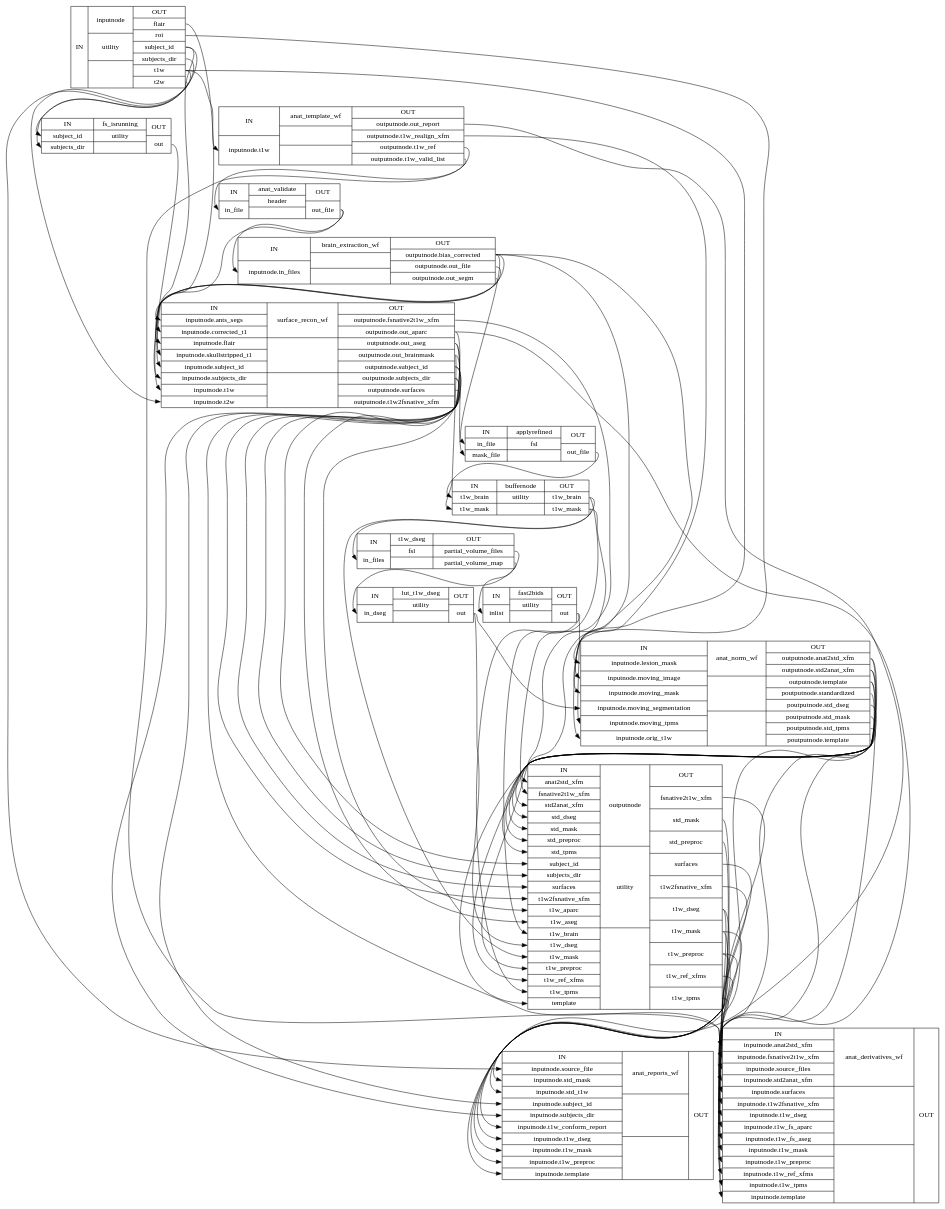
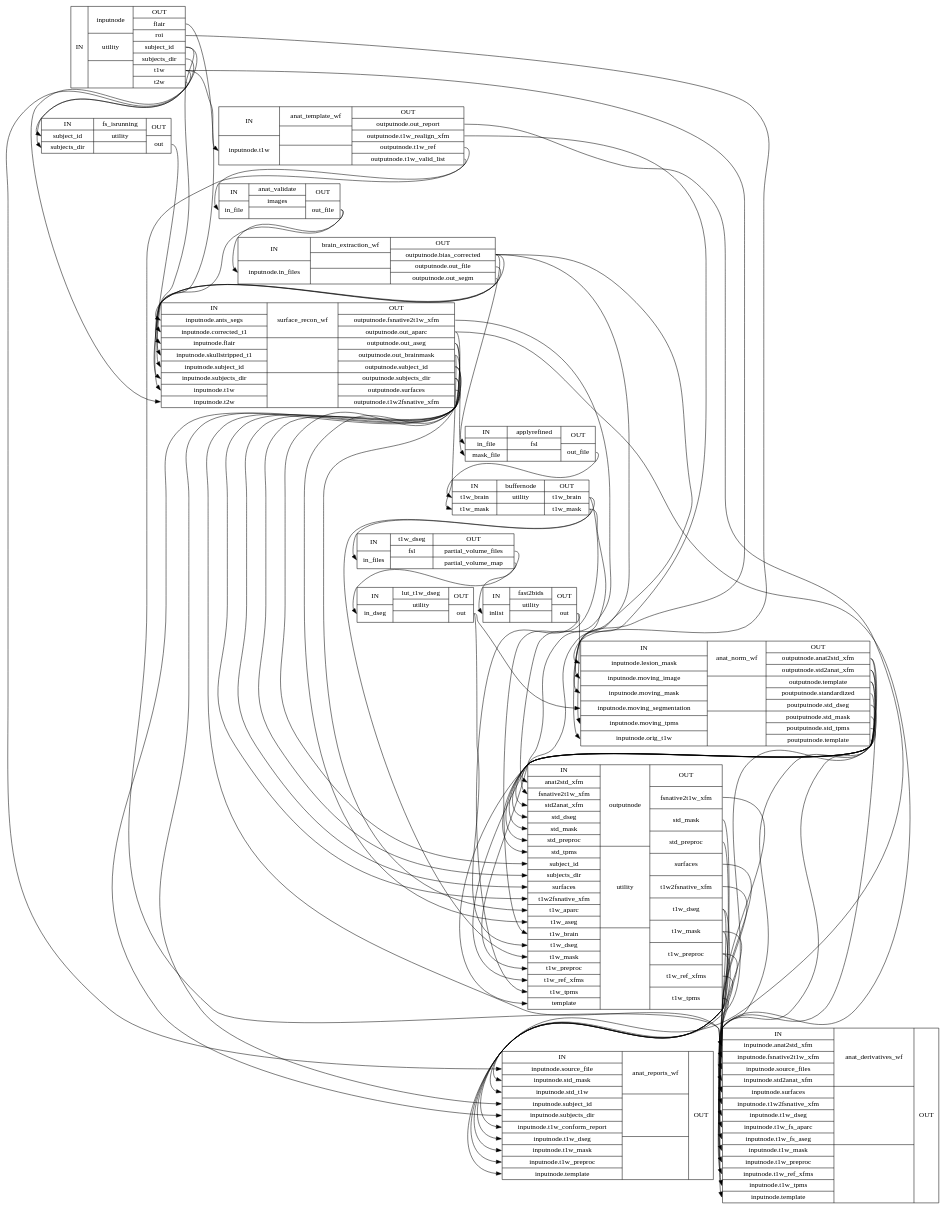
One commit to pcamach2/smriprep changed the diagram in enh_calabel/wf_directive/api/anat_preproc_wf/smriprep-workflows-anatomical-1_detailed.dot. Above: the diagram before and after it, drawn with Graphviz. The commit also changed 5821 other files, not shown here.

```diff
--- a/enh_calabel/wf_directive/api/anat_preproc_wf/smriprep-workflows-anatomical-1_detailed.dot
+++ b/enh_calabel/wf_directive/api/anat_preproc_wf/smriprep-workflows-anatomical-1_detailed.dot
@@ -1,88 +1,88 @@
 digraph structs {
 node [shape=record];
 anat_preproc_wfinputnode [label="{IN}|{ inputnode | utility |  }|{OUT|<outflair> flair|<outroi> roi|<outsubjectid> subject_id|<outsubjectsdir> subjects_dir|<outt1w> t1w|<outt2w> t2w}"];
 anat_preproc_wfanat_template_wf [label="{IN|<ininputnodet1w> inputnode.t1w}|{ anat_template_wf |  |  }|{OUT|<outoutputnodeoutreport> outputnode.out_report|<outoutputnodet1wrealignxfm> outputnode.t1w_realign_xfm|<outoutputnodet1wref> outputnode.t1w_ref|<outoutputnodet1wvalidlist> outputnode.t1w_valid_list}"];
 anat_preproc_wffs_isrunning [label="{IN|<insubjectid> subject_id|<insubjectsdir> subjects_dir}|{ fs_isrunning | utility |  }|{OUT|<outout> out}"];
-anat_preproc_wfanat_validate [label="{IN|<ininfile> in_file}|{ anat_validate | header |  }|{OUT|<outoutfile> out_file}"];
+anat_preproc_wfanat_validate [label="{IN|<ininfile> in_file}|{ anat_validate | images |  }|{OUT|<outoutfile> out_file}"];
 anat_preproc_wfbrain_extraction_wf [label="{IN|<ininputnodeinfiles> inputnode.in_files}|{ brain_extraction_wf |  |  }|{OUT|<outoutputnodebiascorrected> outputnode.bias_corrected|<outoutputnodeoutfile> outputnode.out_file|<outoutputnodeoutsegm> outputnode.out_segm}"];
 anat_preproc_wfsurface_recon_wf [label="{IN|<ininputnodeantssegs> inputnode.ants_segs|<ininputnodecorrectedt1> inputnode.corrected_t1|<ininputnodeflair> inputnode.flair|<ininputnodeskullstrippedt1> inputnode.skullstripped_t1|<ininputnodesubjectid> inputnode.subject_id|<ininputnodesubjectsdir> inputnode.subjects_dir|<ininputnodet1w> inputnode.t1w|<ininputnodet2w> inputnode.t2w}|{ surface_recon_wf |  |  }|{OUT|<outoutputnodefsnative2t1wxfm> outputnode.fsnative2t1w_xfm|<outoutputnodeoutaparc> outputnode.out_aparc|<outoutputnodeoutaseg> outputnode.out_aseg|<outoutputnodeoutbrainmask> outputnode.out_brainmask|<outoutputnodesubjectid> outputnode.subject_id|<outoutputnodesubjectsdir> outputnode.subjects_dir|<outoutputnodesurfaces> outputnode.surfaces|<outoutputnodet1w2fsnativexfm> outputnode.t1w2fsnative_xfm}"];
 anat_preproc_wfapplyrefined [label="{IN|<ininfile> in_file|<inmaskfile> mask_file}|{ applyrefined | fsl |  }|{OUT|<outoutfile> out_file}"];
 anat_preproc_wfbuffernode [label="{IN|<int1wbrain> t1w_brain|<int1wmask> t1w_mask}|{ buffernode | utility |  }|{OUT|<outt1wbrain> t1w_brain|<outt1wmask> t1w_mask}"];
 anat_preproc_wft1w_dseg [label="{IN|<ininfiles> in_files}|{ t1w_dseg | fsl |  }|{OUT|<outpartialvolumefiles> partial_volume_files|<outpartialvolumemap> partial_volume_map}"];
 anat_preproc_wflut_t1w_dseg [label="{IN|<inindseg> in_dseg}|{ lut_t1w_dseg | utility |  }|{OUT|<outout> out}"];
 anat_preproc_wffast2bids [label="{IN|<ininlist> inlist}|{ fast2bids | utility |  }|{OUT|<outout> out}"];
 anat_preproc_wfanat_norm_wf [label="{IN|<ininputnodelesionmask> inputnode.lesion_mask|<ininputnodemovingimage> inputnode.moving_image|<ininputnodemovingmask> inputnode.moving_mask|<ininputnodemovingsegmentation> inputnode.moving_segmentation|<ininputnodemovingtpms> inputnode.moving_tpms|<ininputnodeorigt1w> inputnode.orig_t1w}|{ anat_norm_wf |  |  }|{OUT|<outoutputnodeanat2stdxfm> outputnode.anat2std_xfm|<outoutputnodestd2anatxfm> outputnode.std2anat_xfm|<outoutputnodetemplate> outputnode.template|<outpoutputnodestandardized> poutputnode.standardized|<outpoutputnodestddseg> poutputnode.std_dseg|<outpoutputnodestdmask> poutputnode.std_mask|<outpoutputnodestdtpms> poutputnode.std_tpms|<outpoutputnodetemplate> poutputnode.template}"];
 anat_preproc_wfoutputnode [label="{IN|<inanat2stdxfm> anat2std_xfm|<infsnative2t1wxfm> fsnative2t1w_xfm|<instd2anatxfm> std2anat_xfm|<instddseg> std_dseg|<instdmask> std_mask|<instdpreproc> std_preproc|<instdtpms> std_tpms|<insubjectid> subject_id|<insubjectsdir> subjects_dir|<insurfaces> surfaces|<int1w2fsnativexfm> t1w2fsnative_xfm|<int1waparc> t1w_aparc|<int1waseg> t1w_aseg|<int1wbrain> t1w_brain|<int1wdseg> t1w_dseg|<int1wmask> t1w_mask|<int1wpreproc> t1w_preproc|<int1wrefxfms> t1w_ref_xfms|<int1wtpms> t1w_tpms|<intemplate> template}|{ outputnode | utility |  }|{OUT|<outfsnative2t1wxfm> fsnative2t1w_xfm|<outstdmask> std_mask|<outstdpreproc> std_preproc|<outsurfaces> surfaces|<outt1w2fsnativexfm> t1w2fsnative_xfm|<outt1wdseg> t1w_dseg|<outt1wmask> t1w_mask|<outt1wpreproc> t1w_preproc|<outt1wrefxfms> t1w_ref_xfms|<outt1wtpms> t1w_tpms}"];
 anat_preproc_wfanat_reports_wf [label="{IN|<ininputnodesourcefile> inputnode.source_file|<ininputnodestdmask> inputnode.std_mask|<ininputnodestdt1w> inputnode.std_t1w|<ininputnodesubjectid> inputnode.subject_id|<ininputnodesubjectsdir> inputnode.subjects_dir|<ininputnodet1wconformreport> inputnode.t1w_conform_report|<ininputnodet1wdseg> inputnode.t1w_dseg|<ininputnodet1wmask> inputnode.t1w_mask|<ininputnodet1wpreproc> inputnode.t1w_preproc|<ininputnodetemplate> inputnode.template}|{ anat_reports_wf |  |  }|{OUT}"];
 anat_preproc_wfanat_derivatives_wf [label="{IN|<ininputnodeanat2stdxfm> inputnode.anat2std_xfm|<ininputnodefsnative2t1wxfm> inputnode.fsnative2t1w_xfm|<ininputnodesourcefiles> inputnode.source_files|<ininputnodestd2anatxfm> inputnode.std2anat_xfm|<ininputnodesurfaces> inputnode.surfaces|<ininputnodet1w2fsnativexfm> inputnode.t1w2fsnative_xfm|<ininputnodet1wdseg> inputnode.t1w_dseg|<ininputnodet1wfsaparc> inputnode.t1w_fs_aparc|<ininputnodet1wfsaseg> inputnode.t1w_fs_aseg|<ininputnodet1wmask> inputnode.t1w_mask|<ininputnodet1wpreproc> inputnode.t1w_preproc|<ininputnodet1wrefxfms> inputnode.t1w_ref_xfms|<ininputnodet1wtpms> inputnode.t1w_tpms|<ininputnodetemplate> inputnode.template}|{ anat_derivatives_wf |  |  }|{OUT}"];
 anat_preproc_wfanat_norm_wf:outoutputnodeanat2stdxfm:e -> anat_preproc_wfanat_derivatives_wf:ininputnodeanat2stdxfm:w;
 anat_preproc_wfanat_norm_wf:outoutputnodeanat2stdxfm:e -> anat_preproc_wfoutputnode:inanat2stdxfm:w;
 anat_preproc_wfanat_norm_wf:outoutputnodestd2anatxfm:e -> anat_preproc_wfanat_derivatives_wf:ininputnodestd2anatxfm:w;
 anat_preproc_wfanat_norm_wf:outoutputnodestd2anatxfm:e -> anat_preproc_wfoutputnode:instd2anatxfm:w;
 anat_preproc_wfanat_norm_wf:outoutputnodetemplate:e -> anat_preproc_wfanat_derivatives_wf:ininputnodetemplate:w;
 anat_preproc_wfanat_norm_wf:outoutputnodetemplate:e -> anat_preproc_wfoutputnode:intemplate:w;
 anat_preproc_wfanat_norm_wf:outpoutputnodestandardized:e -> anat_preproc_wfoutputnode:instdpreproc:w;
 anat_preproc_wfanat_norm_wf:outpoutputnodestddseg:e -> anat_preproc_wfoutputnode:instddseg:w;
 anat_preproc_wfanat_norm_wf:outpoutputnodestdmask:e -> anat_preproc_wfoutputnode:instdmask:w;
 anat_preproc_wfanat_norm_wf:outpoutputnodestdtpms:e -> anat_preproc_wfoutputnode:instdtpms:w;
 anat_preproc_wfanat_norm_wf:outpoutputnodetemplate:e -> anat_preproc_wfanat_reports_wf:ininputnodetemplate:w;
 anat_preproc_wfanat_template_wf:outoutputnodeoutreport:e -> anat_preproc_wfanat_reports_wf:ininputnodet1wconformreport:w;
 anat_preproc_wfanat_template_wf:outoutputnodet1wrealignxfm:e -> anat_preproc_wfoutputnode:int1wrefxfms:w;
 anat_preproc_wfanat_template_wf:outoutputnodet1wref:e -> anat_preproc_wfanat_validate:ininfile:w;
 anat_preproc_wfanat_template_wf:outoutputnodet1wvalidlist:e -> anat_preproc_wfanat_derivatives_wf:ininputnodesourcefiles:w;
 anat_preproc_wfanat_validate:outoutfile:e -> anat_preproc_wfbrain_extraction_wf:ininputnodeinfiles:w;
 anat_preproc_wfanat_validate:outoutfile:e -> anat_preproc_wfsurface_recon_wf:ininputnodet1w:w;
 anat_preproc_wfapplyrefined:outoutfile:e -> anat_preproc_wfbuffernode:int1wbrain:w;
 anat_preproc_wfbrain_extraction_wf:outoutputnodebiascorrected:e -> anat_preproc_wfanat_norm_wf:ininputnodemovingimage:w;
 anat_preproc_wfbrain_extraction_wf:outoutputnodebiascorrected:e -> anat_preproc_wfapplyrefined:ininfile:w;
 anat_preproc_wfbrain_extraction_wf:outoutputnodebiascorrected:e -> anat_preproc_wfoutputnode:int1wpreproc:w;
 anat_preproc_wfbrain_extraction_wf:outoutputnodebiascorrected:e -> anat_preproc_wfsurface_recon_wf:ininputnodecorrectedt1:w;
 anat_preproc_wfbrain_extraction_wf:outoutputnodeoutfile:e -> anat_preproc_wfsurface_recon_wf:ininputnodeskullstrippedt1:w;
 anat_preproc_wfbrain_extraction_wf:outoutputnodeoutsegm:e -> anat_preproc_wfsurface_recon_wf:ininputnodeantssegs:w;
 anat_preproc_wfbuffernode:outt1wbrain:e -> anat_preproc_wfoutputnode:int1wbrain:w;
 anat_preproc_wfbuffernode:outt1wbrain:e -> anat_preproc_wft1w_dseg:ininfiles:w;
 anat_preproc_wfbuffernode:outt1wmask:e -> anat_preproc_wfanat_norm_wf:ininputnodemovingmask:w;
 anat_preproc_wfbuffernode:outt1wmask:e -> anat_preproc_wfoutputnode:int1wmask:w;
 anat_preproc_wffast2bids:outout:e -> anat_preproc_wfanat_norm_wf:ininputnodemovingtpms:w;
 anat_preproc_wffast2bids:outout:e -> anat_preproc_wfoutputnode:int1wtpms:w;
 anat_preproc_wffs_isrunning:outout:e -> anat_preproc_wfsurface_recon_wf:ininputnodesubjectsdir:w;
 anat_preproc_wfinputnode:outflair:e -> anat_preproc_wfsurface_recon_wf:ininputnodeflair:w;
 anat_preproc_wfinputnode:outroi:e -> anat_preproc_wfanat_norm_wf:ininputnodelesionmask:w;
 anat_preproc_wfinputnode:outsubjectid:e -> anat_preproc_wffs_isrunning:insubjectid:w;
 anat_preproc_wfinputnode:outsubjectid:e -> anat_preproc_wfsurface_recon_wf:ininputnodesubjectid:w;
 anat_preproc_wfinputnode:outsubjectsdir:e -> anat_preproc_wffs_isrunning:insubjectsdir:w;
 anat_preproc_wfinputnode:outt1w:e -> anat_preproc_wfanat_norm_wf:ininputnodeorigt1w:w;
 anat_preproc_wfinputnode:outt1w:e -> anat_preproc_wfanat_reports_wf:ininputnodesourcefile:w;
 anat_preproc_wfinputnode:outt1w:e -> anat_preproc_wfanat_template_wf:ininputnodet1w:w;
 anat_preproc_wfinputnode:outt2w:e -> anat_preproc_wfsurface_recon_wf:ininputnodet2w:w;
 anat_preproc_wflut_t1w_dseg:outout:e -> anat_preproc_wfanat_norm_wf:ininputnodemovingsegmentation:w;
 anat_preproc_wflut_t1w_dseg:outout:e -> anat_preproc_wfoutputnode:int1wdseg:w;
 anat_preproc_wfoutputnode:outfsnative2t1wxfm:e -> anat_preproc_wfanat_derivatives_wf:ininputnodefsnative2t1wxfm:w;
 anat_preproc_wfoutputnode:outstdmask:e -> anat_preproc_wfanat_reports_wf:ininputnodestdmask:w;
 anat_preproc_wfoutputnode:outstdpreproc:e -> anat_preproc_wfanat_reports_wf:ininputnodestdt1w:w;
 anat_preproc_wfoutputnode:outsurfaces:e -> anat_preproc_wfanat_derivatives_wf:ininputnodesurfaces:w;
 anat_preproc_wfoutputnode:outt1w2fsnativexfm:e -> anat_preproc_wfanat_derivatives_wf:ininputnodet1w2fsnativexfm:w;
 anat_preproc_wfoutputnode:outt1wdseg:e -> anat_preproc_wfanat_derivatives_wf:ininputnodet1wdseg:w;
 anat_preproc_wfoutputnode:outt1wdseg:e -> anat_preproc_wfanat_reports_wf:ininputnodet1wdseg:w;
 anat_preproc_wfoutputnode:outt1wmask:e -> anat_preproc_wfanat_derivatives_wf:ininputnodet1wmask:w;
 anat_preproc_wfoutputnode:outt1wmask:e -> anat_preproc_wfanat_reports_wf:ininputnodet1wmask:w;
 anat_preproc_wfoutputnode:outt1wpreproc:e -> anat_preproc_wfanat_derivatives_wf:ininputnodet1wpreproc:w;
 anat_preproc_wfoutputnode:outt1wpreproc:e -> anat_preproc_wfanat_reports_wf:ininputnodet1wpreproc:w;
 anat_preproc_wfoutputnode:outt1wrefxfms:e -> anat_preproc_wfanat_derivatives_wf:ininputnodet1wrefxfms:w;
 anat_preproc_wfoutputnode:outt1wtpms:e -> anat_preproc_wfanat_derivatives_wf:ininputnodet1wtpms:w;
 anat_preproc_wfsurface_recon_wf:outoutputnodefsnative2t1wxfm:e -> anat_preproc_wfoutputnode:infsnative2t1wxfm:w;
 anat_preproc_wfsurface_recon_wf:outoutputnodeoutaparc:e -> anat_preproc_wfanat_derivatives_wf:ininputnodet1wfsaparc:w;
 anat_preproc_wfsurface_recon_wf:outoutputnodeoutaparc:e -> anat_preproc_wfoutputnode:int1waparc:w;
 anat_preproc_wfsurface_recon_wf:outoutputnodeoutaseg:e -> anat_preproc_wfanat_derivatives_wf:ininputnodet1wfsaseg:w;
 anat_preproc_wfsurface_recon_wf:outoutputnodeoutaseg:e -> anat_preproc_wfoutputnode:int1waseg:w;
 anat_preproc_wfsurface_recon_wf:outoutputnodeoutbrainmask:e -> anat_preproc_wfapplyrefined:inmaskfile:w;
 anat_preproc_wfsurface_recon_wf:outoutputnodeoutbrainmask:e -> anat_preproc_wfbuffernode:int1wmask:w;
 anat_preproc_wfsurface_recon_wf:outoutputnodesubjectid:e -> anat_preproc_wfanat_reports_wf:ininputnodesubjectid:w;
 anat_preproc_wfsurface_recon_wf:outoutputnodesubjectid:e -> anat_preproc_wfoutputnode:insubjectid:w;
 anat_preproc_wfsurface_recon_wf:outoutputnodesubjectsdir:e -> anat_preproc_wfanat_reports_wf:ininputnodesubjectsdir:w;
 anat_preproc_wfsurface_recon_wf:outoutputnodesubjectsdir:e -> anat_preproc_wfoutputnode:insubjectsdir:w;
 anat_preproc_wfsurface_recon_wf:outoutputnodesurfaces:e -> anat_preproc_wfoutputnode:insurfaces:w;
 anat_preproc_wfsurface_recon_wf:outoutputnodet1w2fsnativexfm:e -> anat_preproc_wfoutputnode:int1w2fsnativexfm:w;
 anat_preproc_wft1w_dseg:outpartialvolumefiles:e -> anat_preproc_wffast2bids:ininlist:w;
 anat_preproc_wft1w_dseg:outpartialvolumemap:e -> anat_preproc_wflut_t1w_dseg:inindseg:w;
 }
```
